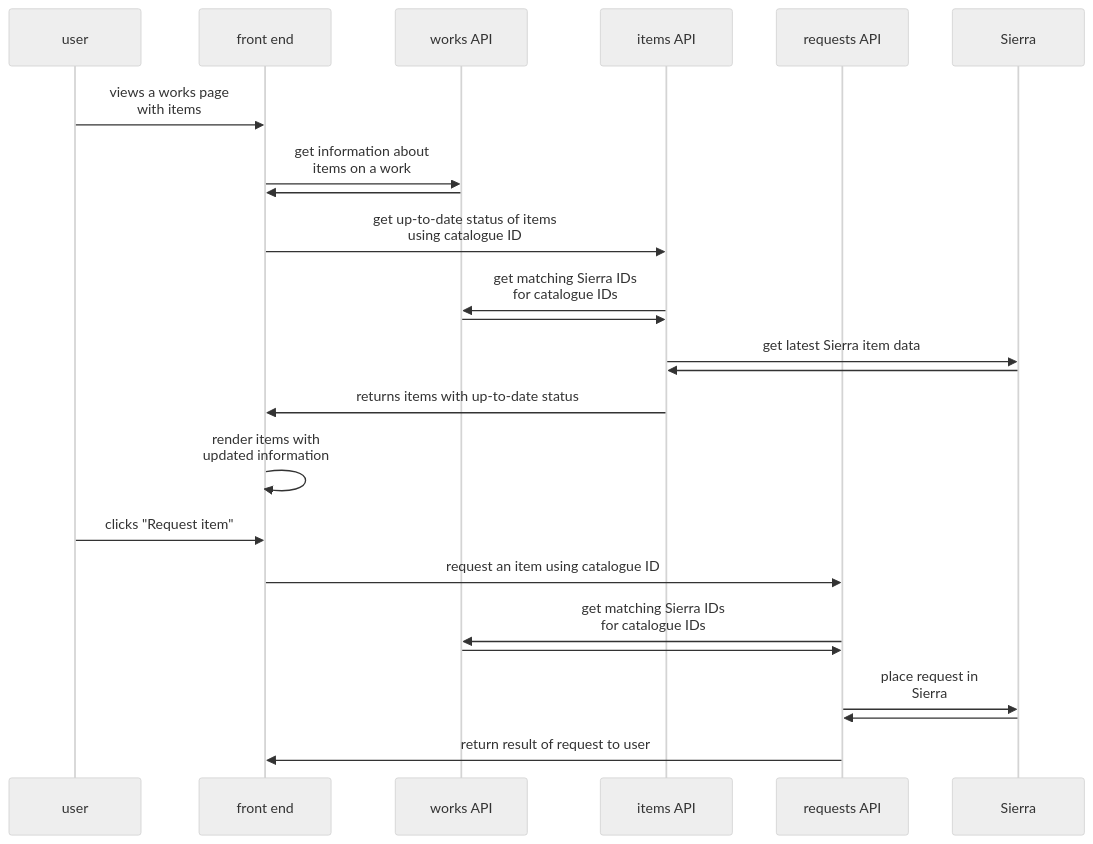
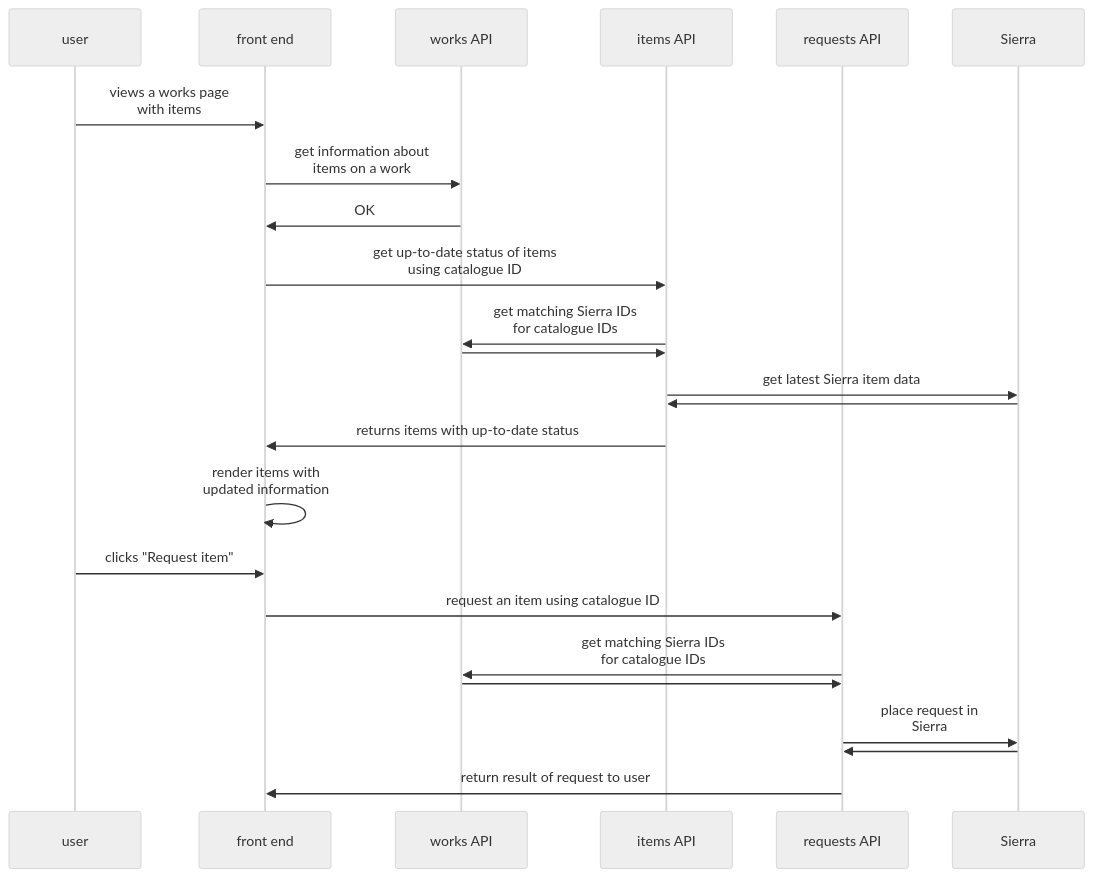
One commit to wellcomecollection/catalogue-api changed the diagram in docs/requesting_flow.md. Above: the diagram before and after it, drawn with Mermaid (neutral theme).

````diff
--- a/docs/requesting_flow.md
+++ b/docs/requesting_flow.md
@@ -7,30 +7,30 @@
 ```mermaid
 sequenceDiagram
      participant user
      participant front end
      participant works API
      participant items API
      participant requests API
      participant Sierra
 
      user->>front end: views a works page<br/> with items
 
      front end->>works API: get information about<br/>items on a work
-     works API->>front end:
+     works API->>front end: OK
 
      front end->>items API: get up-to-date status of items<br/>using catalogue ID
      items API->>works API: get matching Sierra IDs<br/>for catalogue IDs
      works API->>items API:
      items API->>Sierra: get latest Sierra item data
      Sierra->>items API:
      items API->>front end: returns items with up-to-date status
      front end->>front end: render items with<br/>updated information
 
      user->>front end: clicks "Request item"
      front end->>requests API: request an item using catalogue ID
      requests API->>works API: get matching Sierra IDs<br/>for catalogue IDs
      works API->>requests API:
      requests API->>Sierra: place request in<br/>Sierra
      Sierra->>requests API:
      requests API->>front end: return result of request to user
 ```
````
